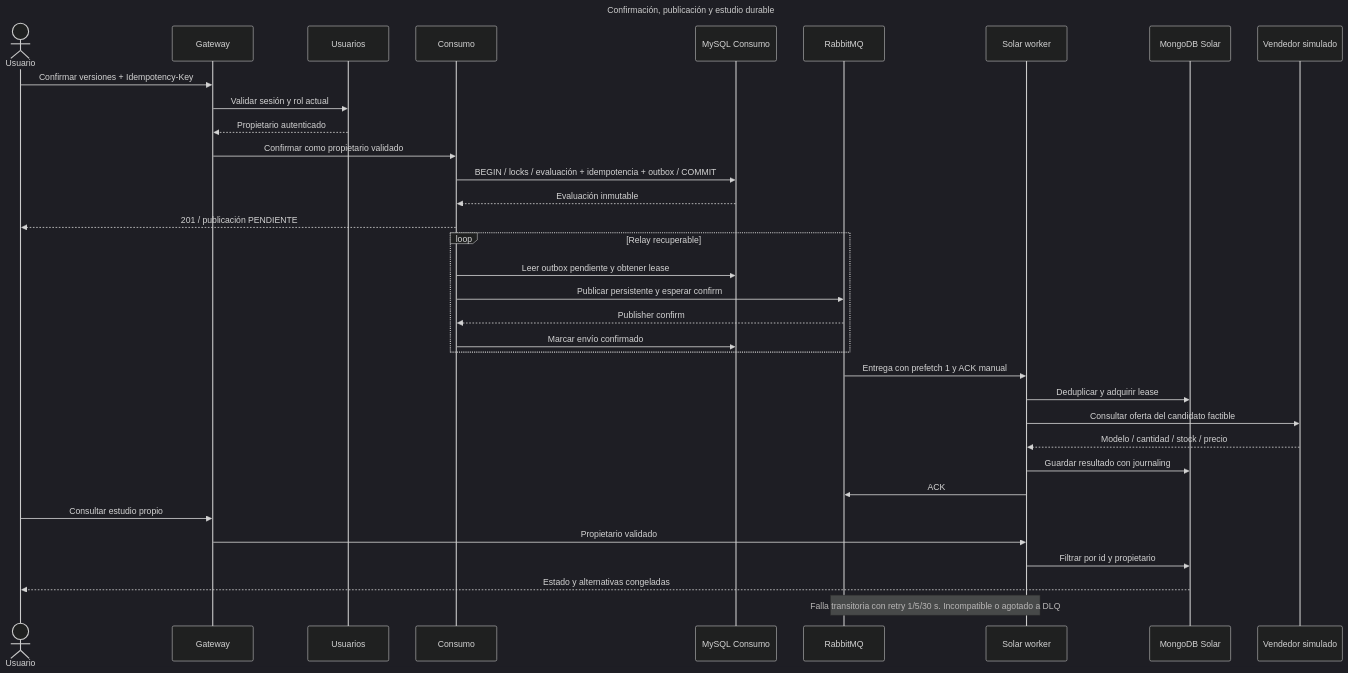
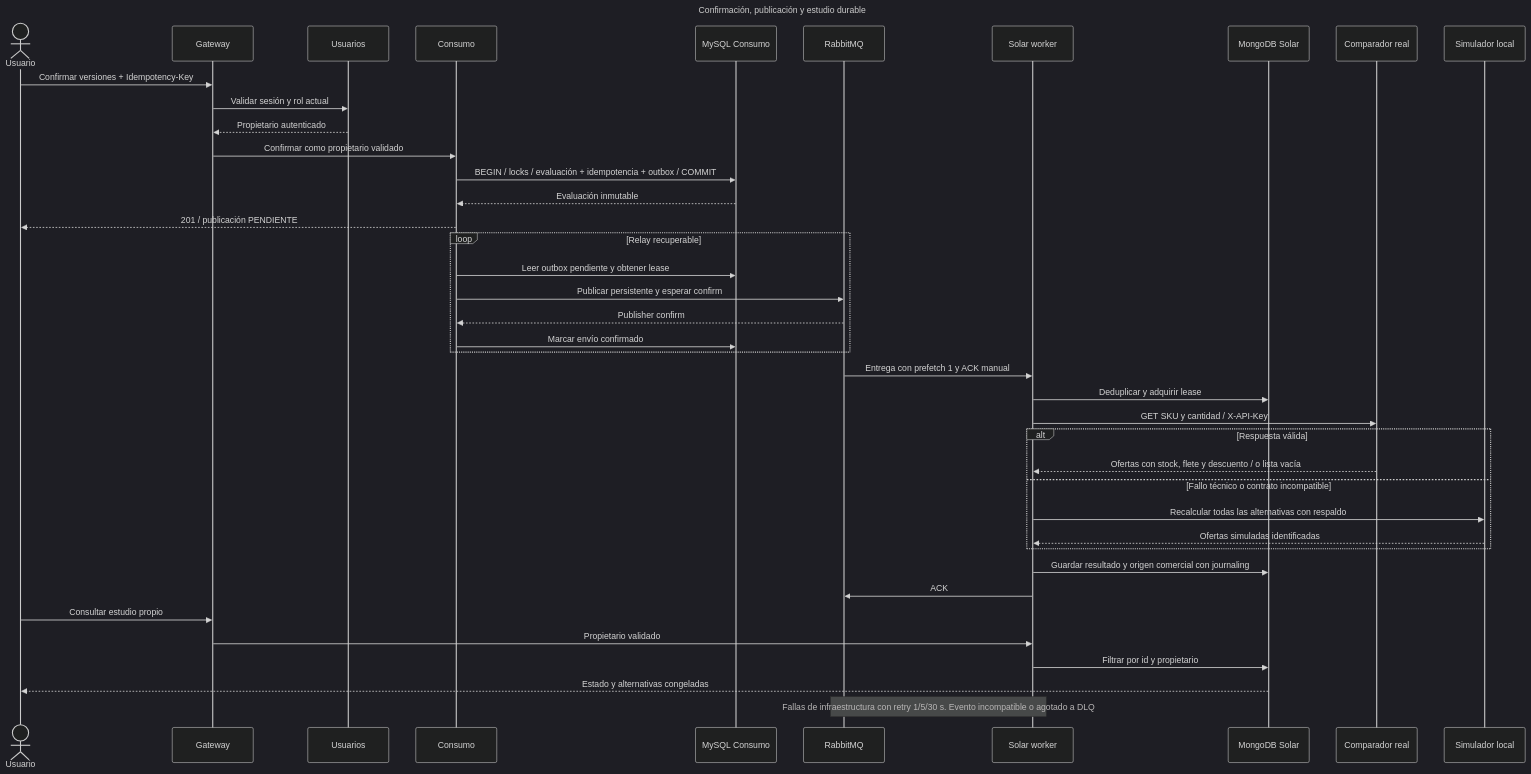
One commit to Franciscosrrr/ArquitecturasoftwareRenewableEnergyTiziFran changed the diagram in docs/diagrams/evaluacion-durable.mmd. Above: the diagram before and after it, drawn with Mermaid (dark theme). The commit also changed 153 other files, not shown here.

```diff
--- a/docs/diagrams/evaluacion-durable.mmd
+++ b/docs/diagrams/evaluacion-durable.mmd
@@ -1,37 +1,43 @@
 ---
 title: Confirmación, publicación y estudio durable
 ---
 sequenceDiagram
  actor Usuario
  participant G as Gateway
  participant I as Usuarios
  participant C as Consumo
  participant SQL as MySQL Consumo
  participant B as RabbitMQ
  participant S as Solar worker
  participant M as MongoDB Solar
- participant P as Vendedor simulado
+ participant P as Comparador real
+ participant F as Simulador local
  Usuario->>G: Confirmar versiones + Idempotency-Key
  G->>I: Validar sesión y rol actual
  I-->>G: Propietario autenticado
  G->>C: Confirmar como propietario validado
  C->>SQL: BEGIN / locks / evaluación + idempotencia + outbox / COMMIT
  SQL-->>C: Evaluación inmutable
  C-->>Usuario: 201 / publicación PENDIENTE
  loop Relay recuperable
  C->>SQL: Leer outbox pendiente y obtener lease
  C->>B: Publicar persistente y esperar confirm
  B-->>C: Publisher confirm
  C->>SQL: Marcar envío confirmado
  end
  B->>S: Entrega con prefetch 1 y ACK manual
  S->>M: Deduplicar y adquirir lease
- S->>P: Consultar oferta del candidato factible
- P-->>S: Modelo / cantidad / stock / precio
- S->>M: Guardar resultado con journaling
+ S->>P: GET SKU y cantidad / X-API-Key
+ alt Respuesta válida
+ P-->>S: Ofertas con stock, flete y descuento / o lista vacía
+ else Fallo técnico o contrato incompatible
+ S->>F: Recalcular todas las alternativas con respaldo
+ F-->>S: Ofertas simuladas identificadas
+ end
+ S->>M: Guardar resultado y origen comercial con journaling
  S->>B: ACK
  Usuario->>G: Consultar estudio propio
  G->>S: Propietario validado
  S->>M: Filtrar por id y propietario
  M-->>Usuario: Estado y alternativas congeladas
- Note over B,S: Falla transitoria con retry 1/5/30 s. Incompatible o agotado a DLQ
+ Note over B,S: Fallas de infraestructura con retry 1/5/30 s. Evento incompatible o agotado a DLQ
```
